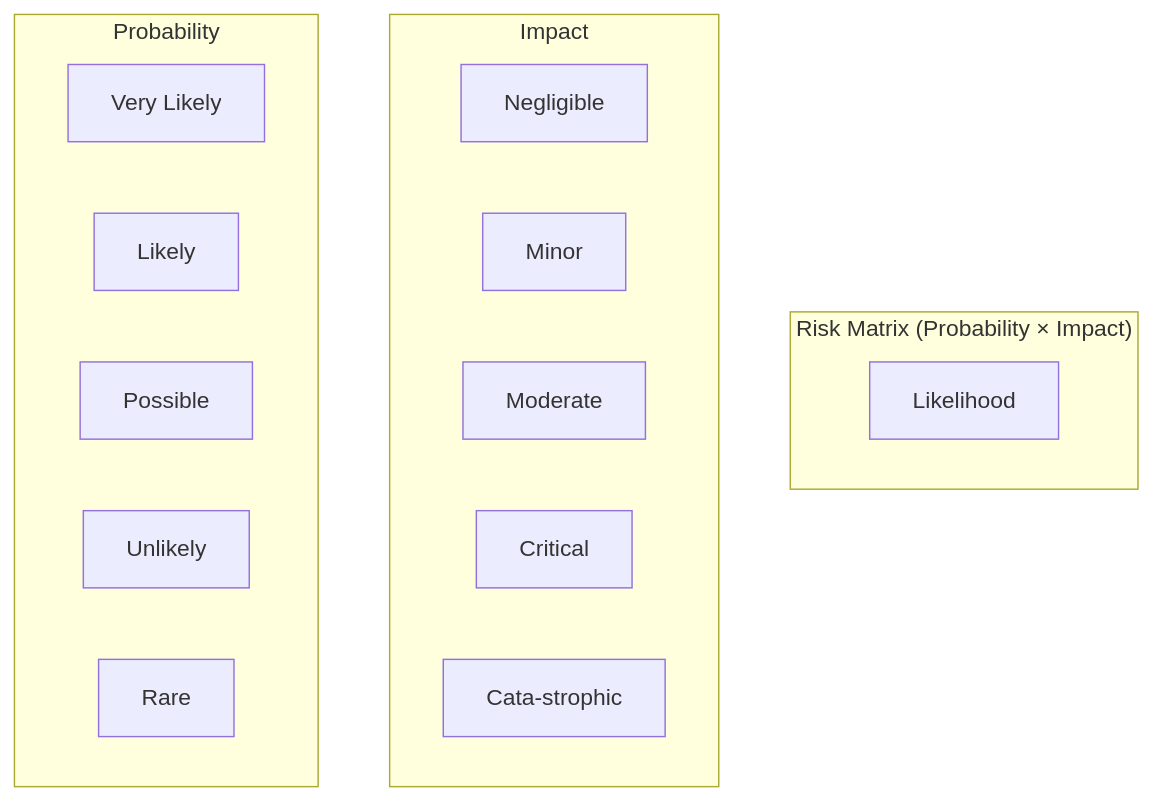
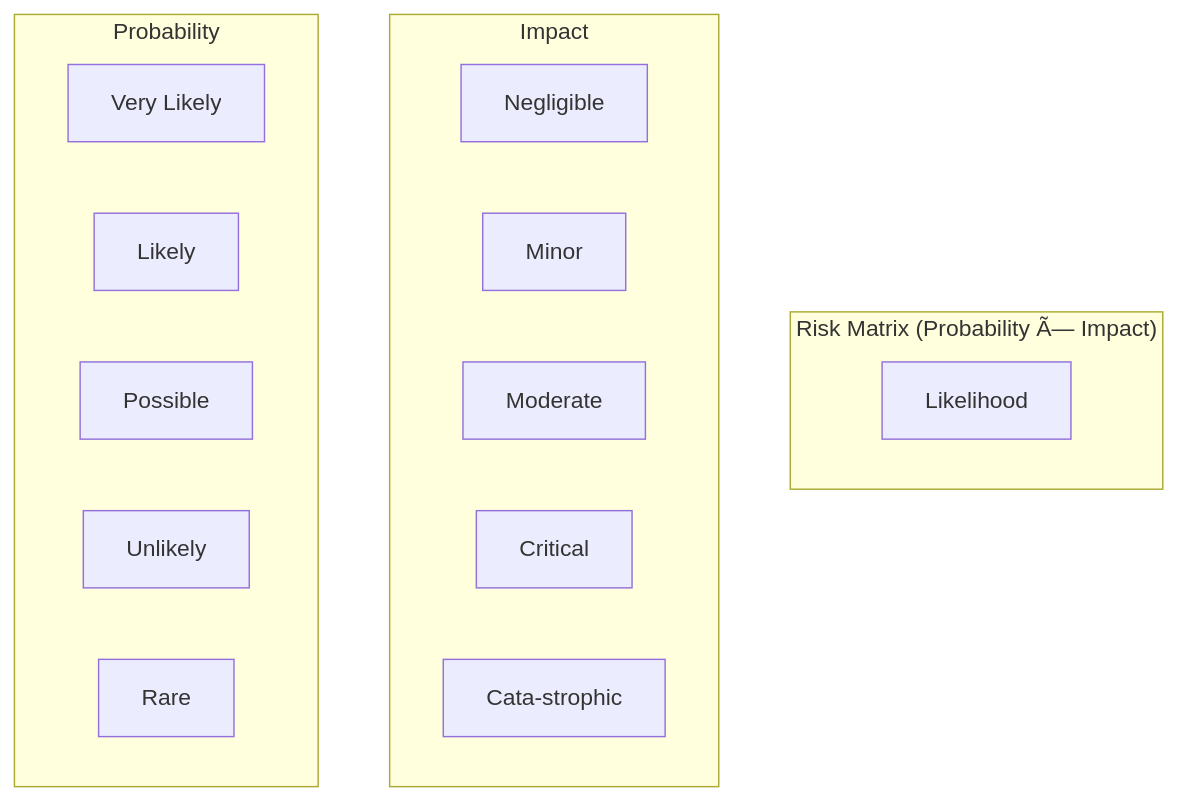
Before and after one commit to Raushan666java/ai-engineering-journey: the fifth of 6 diagrams in docs/courses/software-engineering/16-capstone.md, drawn with Mermaid. The commit also changed other lines of this file and 735 other files, not shown here.

````diff
--- a/docs/courses/software-engineering/16-capstone.md
+++ b/docs/courses/software-engineering/16-capstone.md
@@ -948,23 +948,23 @@
 ```mermaid
 graph TD
-    subgraph "Risk Matrix (Probability × Impact)"
+    subgraph "Risk Matrix (Probability Ã— Impact)"
         direction LR
         L1[Likelihood]
     end
     
     subgraph "Impact"
         I1[Negligible]
         I2[Minor]
         I3[Moderate]
         I4[Critical]
         I5[Cata-strophic]
     end
     
     subgraph "Probability"
         P5[Very Likely]
         P4[Likely]
         P3[Possible]
         P2[Unlikely]
         P1[Rare]
     end
 ```
````
